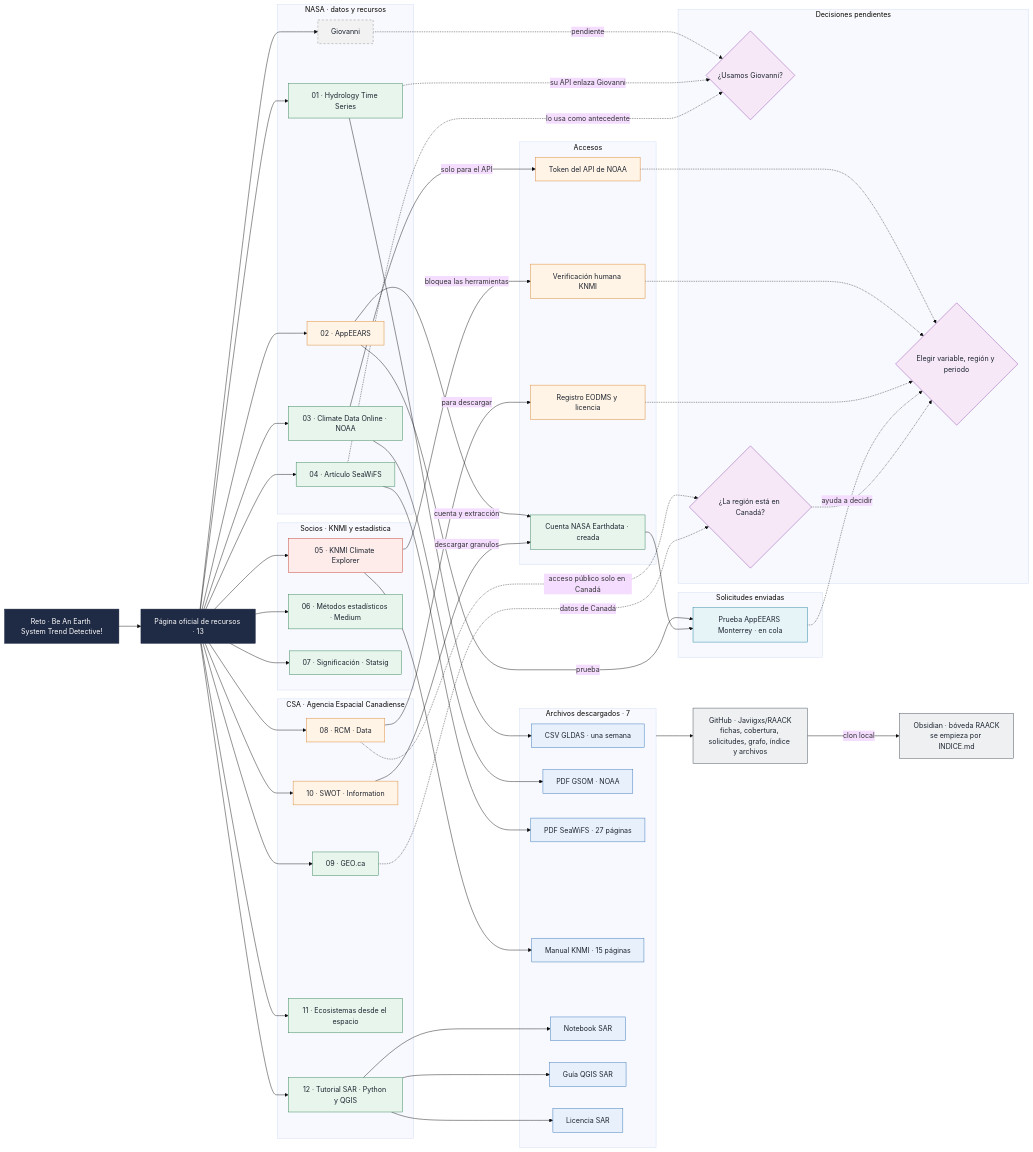
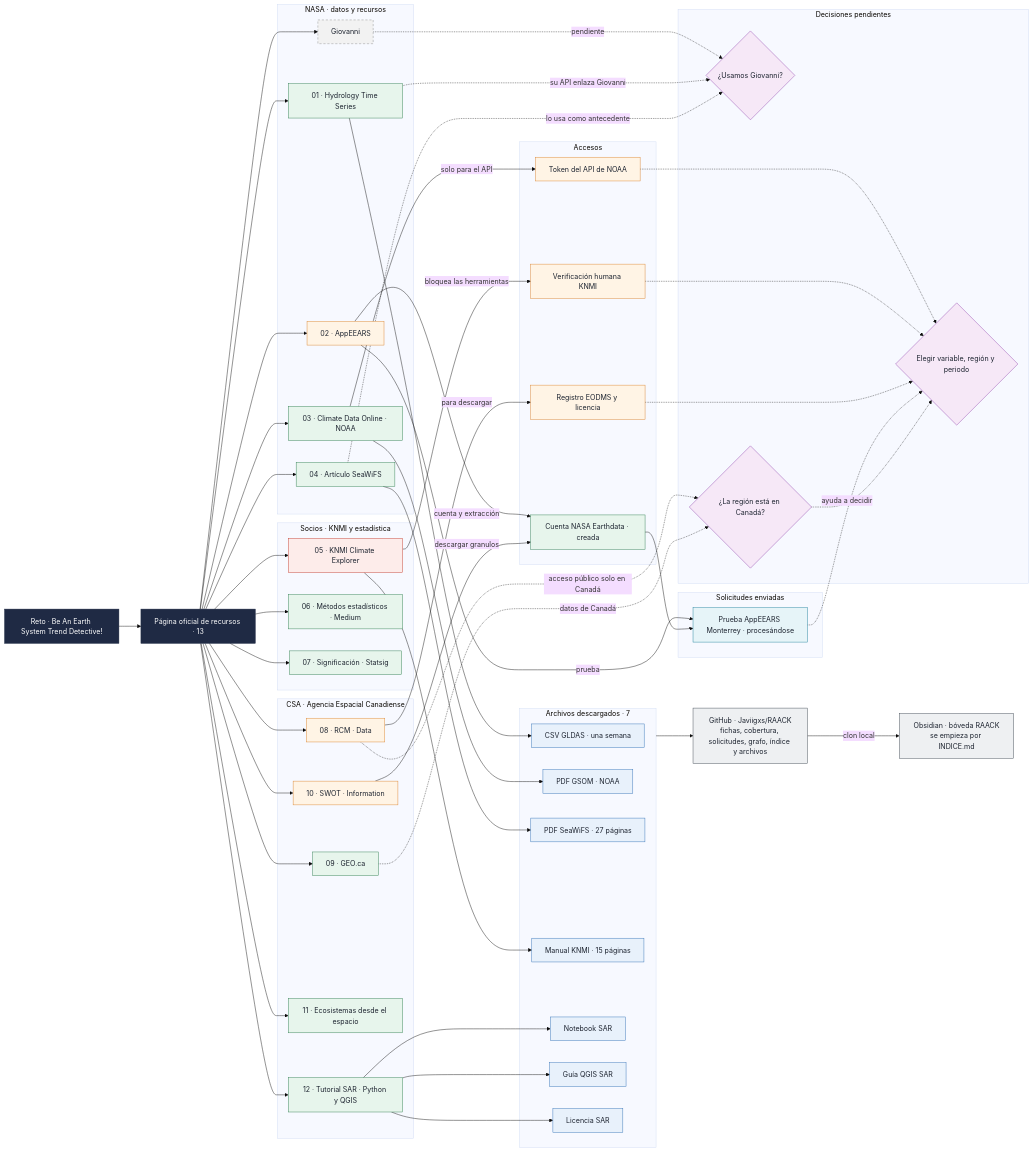
Before and after one commit to Javiigxs/RAACK: the diagram in docs/CONTEXTO.md, drawn with Mermaid (base theme). The commit also changed other lines of this file and 8 other files, not shown here.

```diff
--- a/docs/CONTEXTO.md
+++ b/docs/CONTEXTO.md
@@ -55,7 +55,7 @@
     a_eodms["Registro EODMS y licencia"]
   end
   subgraph SOL["Solicitudes enviadas"]
-    s_appeears["Prueba AppEEARS Monterrey · en cola"]
+    s_appeears["Prueba AppEEARS Monterrey · procesándose"]
   end
   subgraph DEC["Decisiones pendientes"]
     d_giovanni{"¿Usamos Giovanni?"}
```
